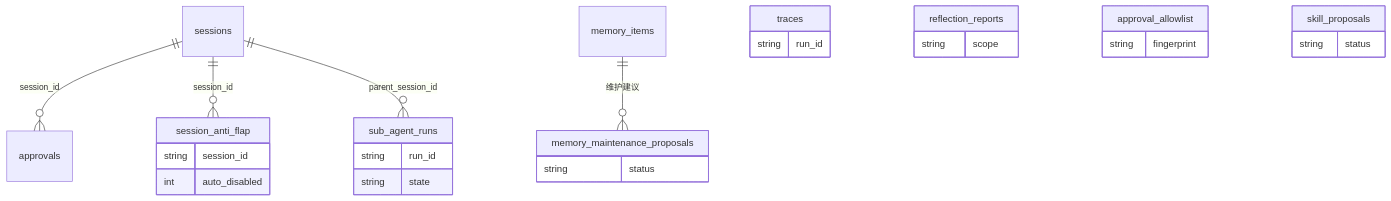
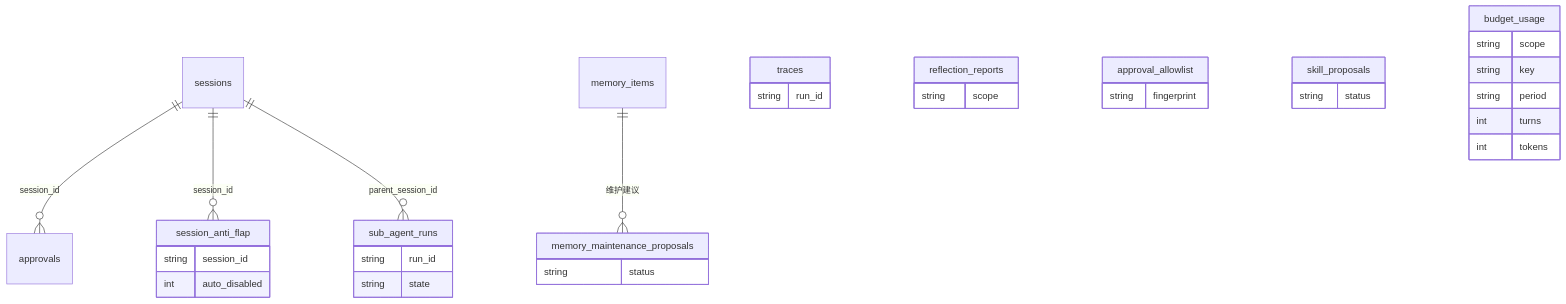
Before and after one commit to Summy2104/fleetent: the third of 4 diagrams in docs/architecture/data-model.md, drawn with Mermaid. The commit also changed other lines of this file and 1 other file, not shown here.

Commit message:
docs(data-model): add budget_usage to §3.3 per-agent tables (10→11)

````diff
--- a/docs/architecture/data-model.md
+++ b/docs/architecture/data-model.md
@@ -136,30 +137,37 @@
 ```mermaid
 erDiagram
   sessions ||--o{ approvals : "session_id"
   sessions ||--o{ session_anti_flap : "session_id"
   sessions ||--o{ sub_agent_runs : "parent_session_id"
   memory_items ||--o{ memory_maintenance_proposals : "维护建议"
   traces {
     string run_id
   }
   reflection_reports {
     string scope
   }
   approval_allowlist {
     string fingerprint
   }
   session_anti_flap {
     string session_id
     int auto_disabled
   }
   sub_agent_runs {
     string run_id
     string state
   }
   memory_maintenance_proposals {
     string status
   }
   skill_proposals {
     string status
   }
+  budget_usage {
+    string scope
+    string key
+    string period
+    int turns
+    int tokens
+  }
 ```
````
